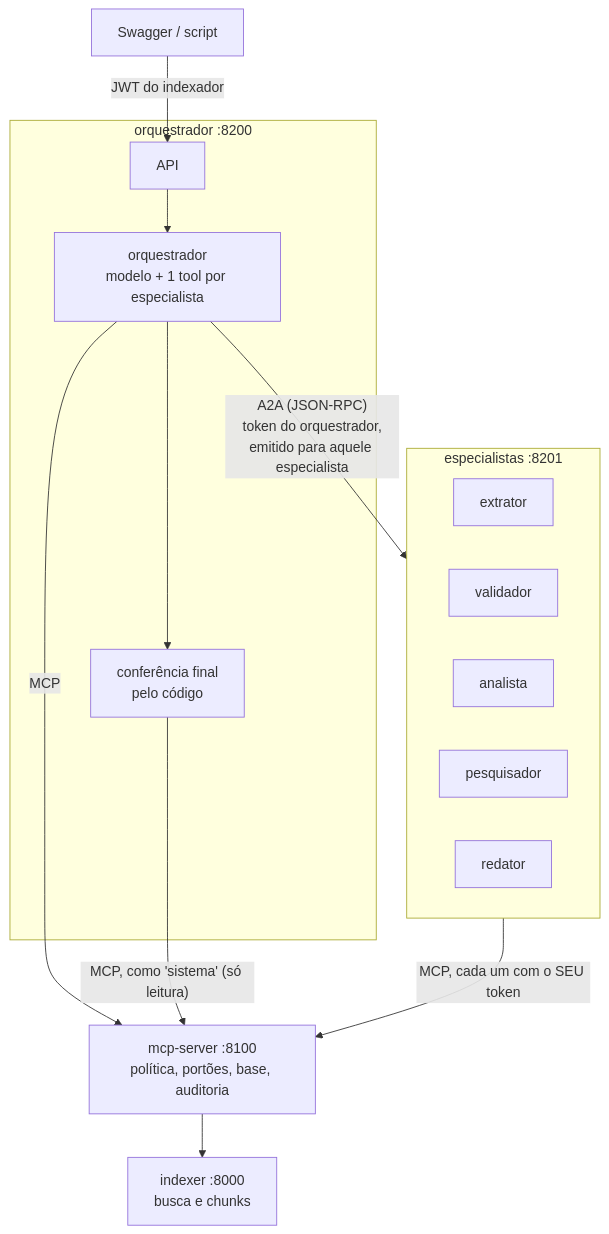
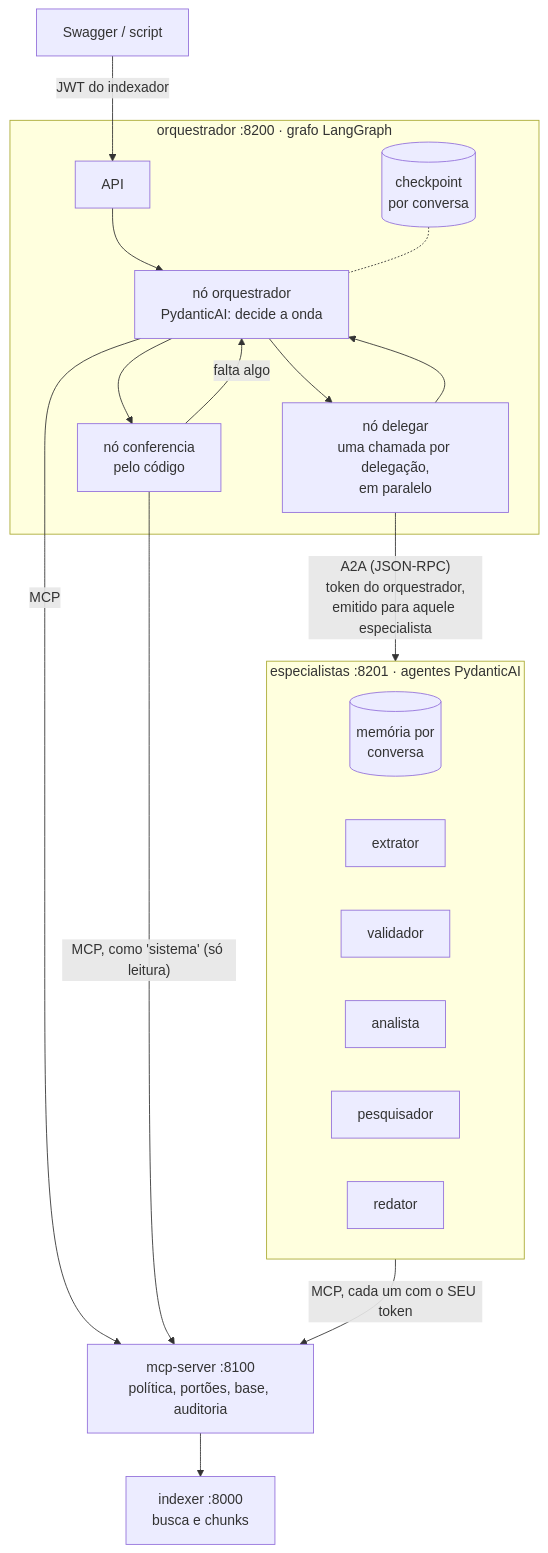
Before and after one commit to proscholdt/MultAgent_AnaliseDocumental: the first of 2 diagrams in agents/README.md, drawn with Mermaid. The commit also changed other lines of this file and 35 other files, not shown here.

First line of the commit message:
Execução final com PydanticAI e LangGraph, memória corrigida e READMEs

````diff
--- a/agents/README.md
+++ b/agents/README.md
@@ -16,25 +19,30 @@
 ```mermaid
 flowchart TD
     U[Swagger / script] -->|"JWT do indexador"| API
 
-    subgraph ORQ[orquestrador :8200]
-        API[API] --> O[orquestrador<br/>modelo + 1 tool por especialista]
-        O --> CF[conferência final<br/>pelo código]
+    subgraph ORQ[orquestrador :8200 · grafo LangGraph]
+        API[API] --> O[nó orquestrador<br/>PydanticAI: decide a onda]
+        O --> D[nó delegar<br/>uma chamada por delegação,<br/>em paralelo]
+        D --> O
+        O --> CF[nó conferencia<br/>pelo código]
+        CF -->|falta algo| O
+        CK[(checkpoint<br/>por conversa)] -.- O
     end
 
-    O -->|"A2A (JSON-RPC)<br/>token do orquestrador,<br/>emitido para aquele especialista"| ESP
+    D -->|"A2A (JSON-RPC)<br/>token do orquestrador,<br/>emitido para aquele especialista"| ESP
 
-    subgraph ESP[especialistas :8201]
+    subgraph ESP[especialistas :8201 · agentes PydanticAI]
+        MEM[(memória por<br/>conversa)]
         E[extrator]
         V[validador]
         A[analista]
         P[pesquisador]
         R[redator]
     end
 
     O -->|MCP| MCP
     ESP -->|"MCP, cada um com o SEU token"| MCP
     CF -->|"MCP, como 'sistema' (só leitura)"| MCP
 
     MCP[mcp-server :8100<br/>política, portões, base, auditoria] --> IDX[indexer :8000<br/>busca e chunks]
 ```
````
